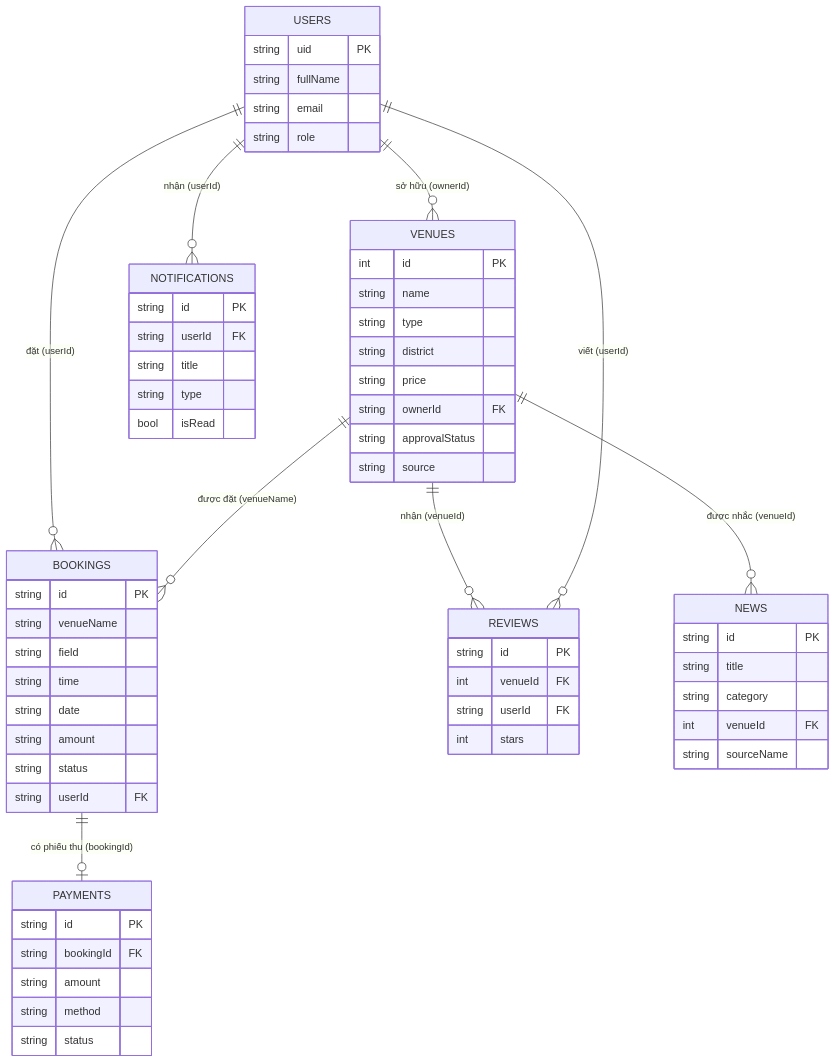
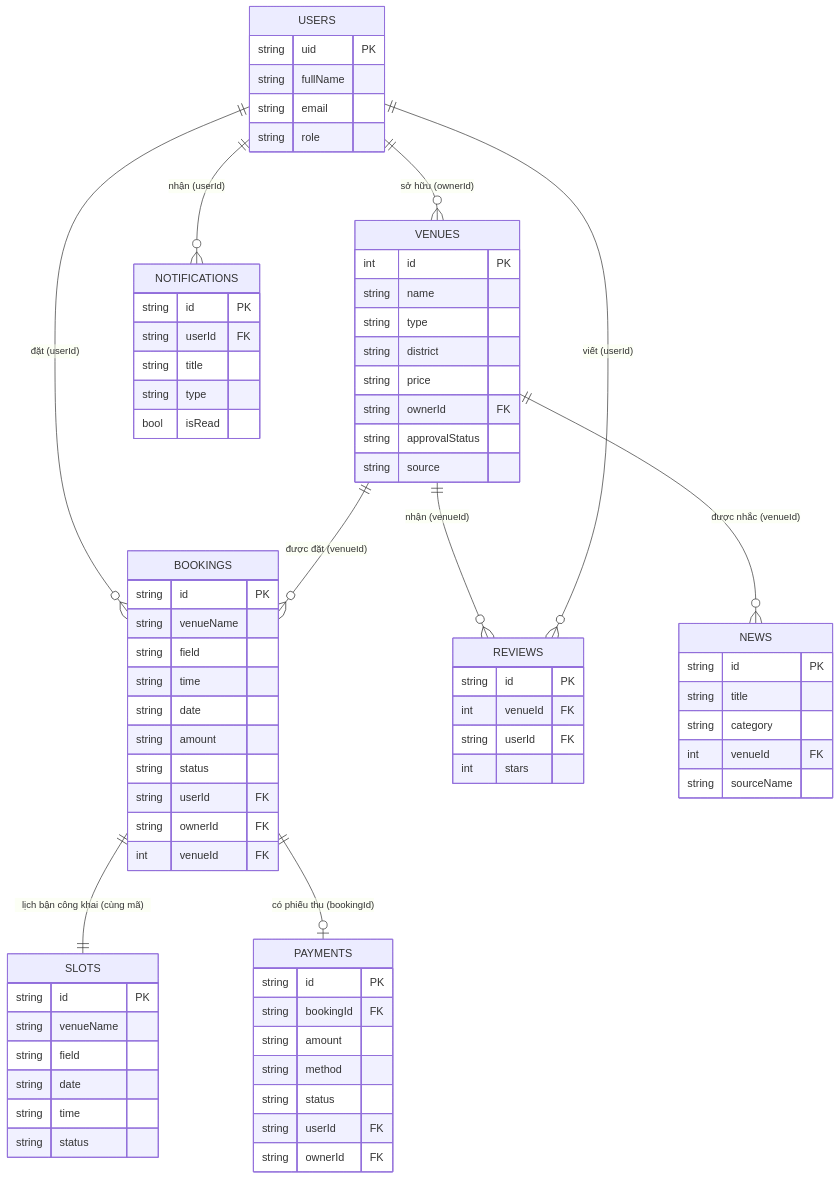
One commit to dinhngochuy2909/DoAnTotNghiep changed the diagram in docs/diagrams/nguon/mo-hinh-du-lieu.mmd. Above: the diagram before and after it, drawn with Mermaid. The commit also changed 12 other files, not shown here.

```diff
--- a/docs/diagrams/nguon/mo-hinh-du-lieu.mmd
+++ b/docs/diagrams/nguon/mo-hinh-du-lieu.mmd
@@ -1,62 +1,75 @@
 erDiagram
   USERS ||--o{ BOOKINGS : "đặt (userId)"
   USERS ||--o{ VENUES : "sở hữu (ownerId)"
-  VENUES ||--o{ BOOKINGS : "được đặt (venueName)"
+  VENUES ||--o{ BOOKINGS : "được đặt (venueId)"
+  BOOKINGS ||--|| SLOTS : "lịch bận công khai (cùng mã)"
   VENUES ||--o{ REVIEWS : "nhận (venueId)"
   USERS ||--o{ REVIEWS : "viết (userId)"
   BOOKINGS ||--o| PAYMENTS : "có phiếu thu (bookingId)"
   USERS ||--o{ NOTIFICATIONS : "nhận (userId)"
   VENUES ||--o{ NEWS : "được nhắc (venueId)"
   USERS {
     string uid PK
     string fullName
     string email
     string role
   }
   VENUES {
     int id PK
     string name
     string type
     string district
     string price
     string ownerId FK
     string approvalStatus
     string source
   }
   BOOKINGS {
     string id PK
     string venueName
     string field
     string time
     string date
     string amount
     string status
     string userId FK
+    string ownerId FK
+    int venueId FK
+  }
+  SLOTS {
+    string id PK
+    string venueName
+    string field
+    string date
+    string time
+    string status
   }
   PAYMENTS {
     string id PK
     string bookingId FK
     string amount
     string method
     string status
+    string userId FK
+    string ownerId FK
   }
   REVIEWS {
     string id PK
     int venueId FK
     string userId FK
     int stars
   }
   NOTIFICATIONS {
     string id PK
     string userId FK
     string title
     string type
     bool isRead
   }
   NEWS {
     string id PK
     string title
     string category
     int venueId FK
     string sourceName
   }
```
